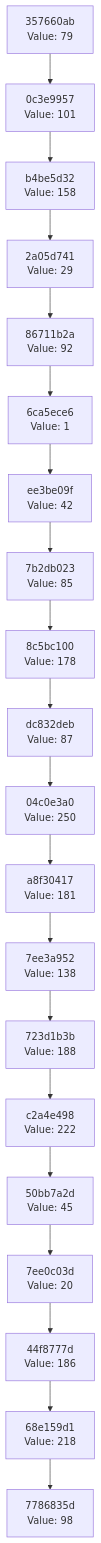
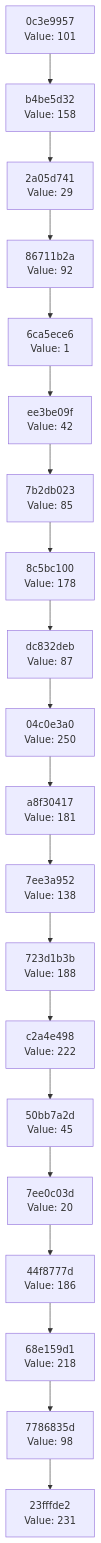
Before and after one commit to Abhisheksinha1506/hash-chain-evolver: the diagram in docs/CHAIN_VISUALIZATION.md, drawn with Mermaid. The commit also changed 3 other files, not shown here.

````diff
--- a/docs/CHAIN_VISUALIZATION.md
+++ b/docs/CHAIN_VISUALIZATION.md
@@ -3,42 +3,42 @@
 ```mermaid
 graph TD
-    C0["7786835d<br/>Value: 98"]
-    C1["68e159d1<br/>Value: 218"]
+    C0["23fffde2<br/>Value: 231"]
+    C1["7786835d<br/>Value: 98"]
     C1 --> C0
-    C2["44f8777d<br/>Value: 186"]
+    C2["68e159d1<br/>Value: 218"]
     C2 --> C1
-    C3["7ee0c03d<br/>Value: 20"]
+    C3["44f8777d<br/>Value: 186"]
     C3 --> C2
-    C4["50bb7a2d<br/>Value: 45"]
+    C4["7ee0c03d<br/>Value: 20"]
     C4 --> C3
-    C5["c2a4e498<br/>Value: 222"]
+    C5["50bb7a2d<br/>Value: 45"]
     C5 --> C4
-    C6["723d1b3b<br/>Value: 188"]
+    C6["c2a4e498<br/>Value: 222"]
     C6 --> C5
-    C7["7ee3a952<br/>Value: 138"]
+    C7["723d1b3b<br/>Value: 188"]
     C7 --> C6
-    C8["a8f30417<br/>Value: 181"]
+    C8["7ee3a952<br/>Value: 138"]
     C8 --> C7
-    C9["04c0e3a0<br/>Value: 250"]
+    C9["a8f30417<br/>Value: 181"]
     C9 --> C8
-    C10["dc832deb<br/>Value: 87"]
+    C10["04c0e3a0<br/>Value: 250"]
     C10 --> C9
-    C11["8c5bc100<br/>Value: 178"]
+    C11["dc832deb<br/>Value: 87"]
     C11 --> C10
-    C12["7b2db023<br/>Value: 85"]
+    C12["8c5bc100<br/>Value: 178"]
     C12 --> C11
-    C13["ee3be09f<br/>Value: 42"]
+    C13["7b2db023<br/>Value: 85"]
     C13 --> C12
-    C14["6ca5ece6<br/>Value: 1"]
+    C14["ee3be09f<br/>Value: 42"]
     C14 --> C13
-    C15["86711b2a<br/>Value: 92"]
+    C15["6ca5ece6<br/>Value: 1"]
     C15 --> C14
-    C16["2a05d741<br/>Value: 29"]
+    C16["86711b2a<br/>Value: 92"]
     C16 --> C15
-    C17["b4be5d32<br/>Value: 158"]
+    C17["2a05d741<br/>Value: 29"]
     C17 --> C16
-    C18["0c3e9957<br/>Value: 101"]
+    C18["b4be5d32<br/>Value: 158"]
     C18 --> C17
-    C19["357660ab<br/>Value: 79"]
+    C19["0c3e9957<br/>Value: 101"]
     C19 --> C18
 ```
````
